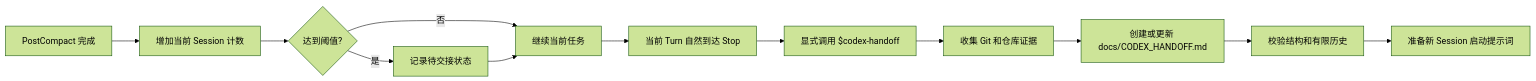
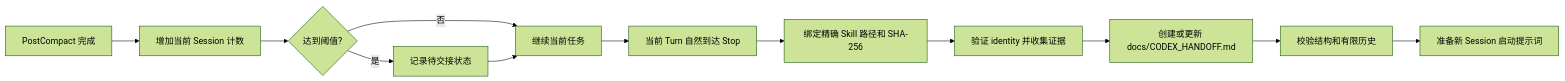
One commit to HaoPan036/codex-handoff changed the diagram in README.zh-CN.md. Above: the diagram before and after it, drawn with Mermaid (forest theme). The commit also changed other lines of this file and 15 other files, not shown here.

Commit message:
fix: make automatic handoff resolve the plugin skill

````diff
--- a/README.zh-CN.md
+++ b/README.zh-CN.md
@@ -62,14 +62,14 @@
 ```mermaid
 flowchart LR
     A[PostCompact 完成] --> B[增加当前 Session 计数]
     B --> C{达到阈值?}
     C -- 否 --> D[继续当前任务]
     C -- 是 --> E[记录待交接状态]
     E --> D
     D --> F[当前 Turn 自然到达 Stop]
-    F --> G[显式调用 $codex-handoff]
-    G --> H[收集 Git 和仓库证据]
+    F --> G[绑定精确 Skill 路径和 SHA-256]
+    G --> H[验证 identity 并收集证据]
     H --> I[创建或更新 docs/CODEX_HANDOFF.md]
     I --> J[校验结构和有限历史]
     J --> K[准备新 Session 启动提示词]
 ```
````
